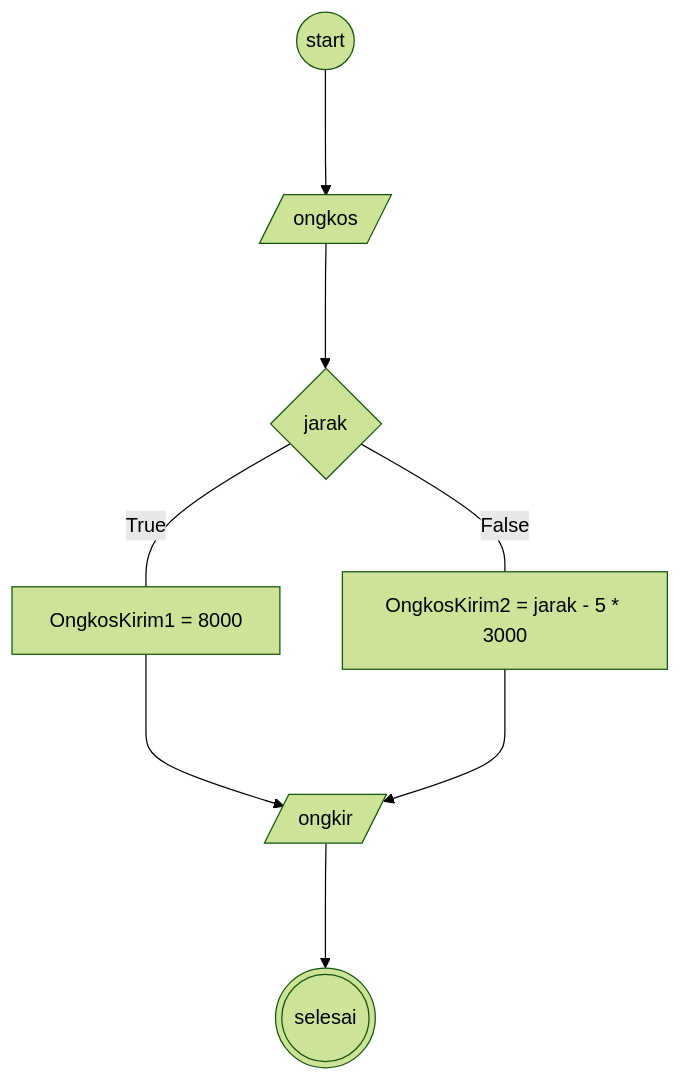
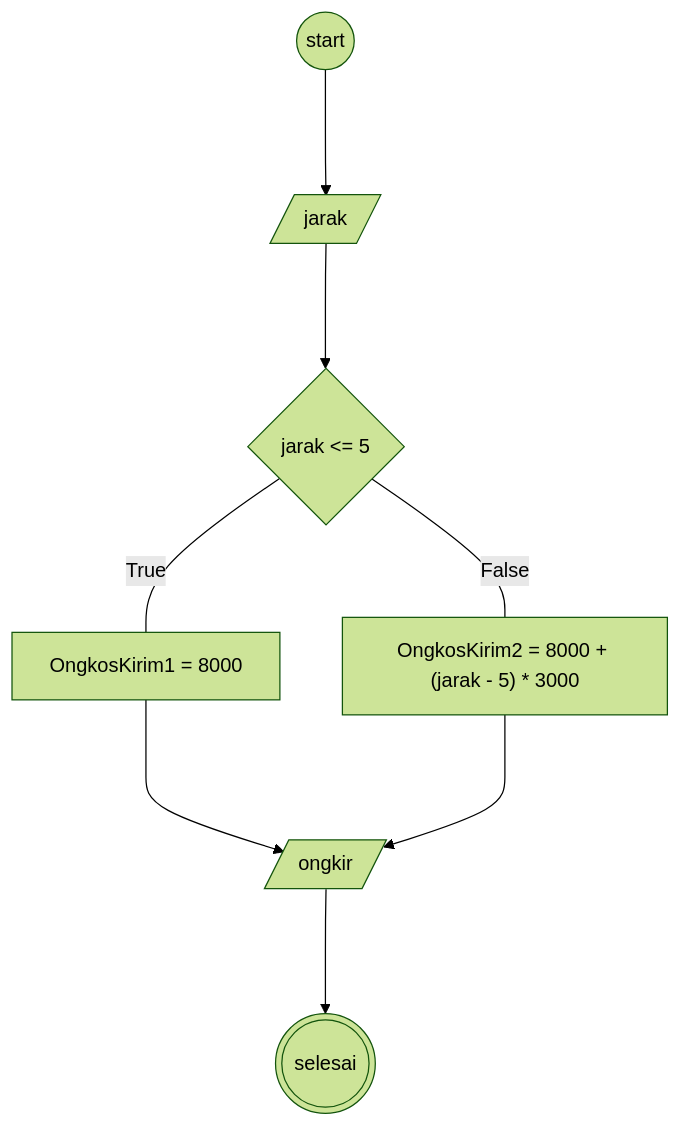
One commit to VirgilIw/koda-b4-algoritma changed the diagram in minitask8.md. Above: the diagram before and after it, drawn with Mermaid (forest theme).

````diff
--- a/minitask8.md
+++ b/minitask8.md
@@ -1,17 +1,17 @@
 ```mermaid
 flowchart TB
 
 circle((start))
 
-circle--->id[/ongkos/]
+circle--->id[/jarak/]
 
-id--->jauh{jarak}
+id--->jauh{jarak <= 5}
 
 jauh --True --- ongkos1[OngkosKirim1 = 8000]
-jauh --False --- ongkos2[OngkosKirim2 = jarak - 5 * 3000]
+jauh --False --- ongkos2["OngkosKirim2 = 8000 + (jarak - 5) * 3000"]
 
 ongkos1 ---> total[/ongkir/]
 ongkos2 ---> total[/ongkir/]
 
 total---> selesai(((selesai)))
 ```
````
